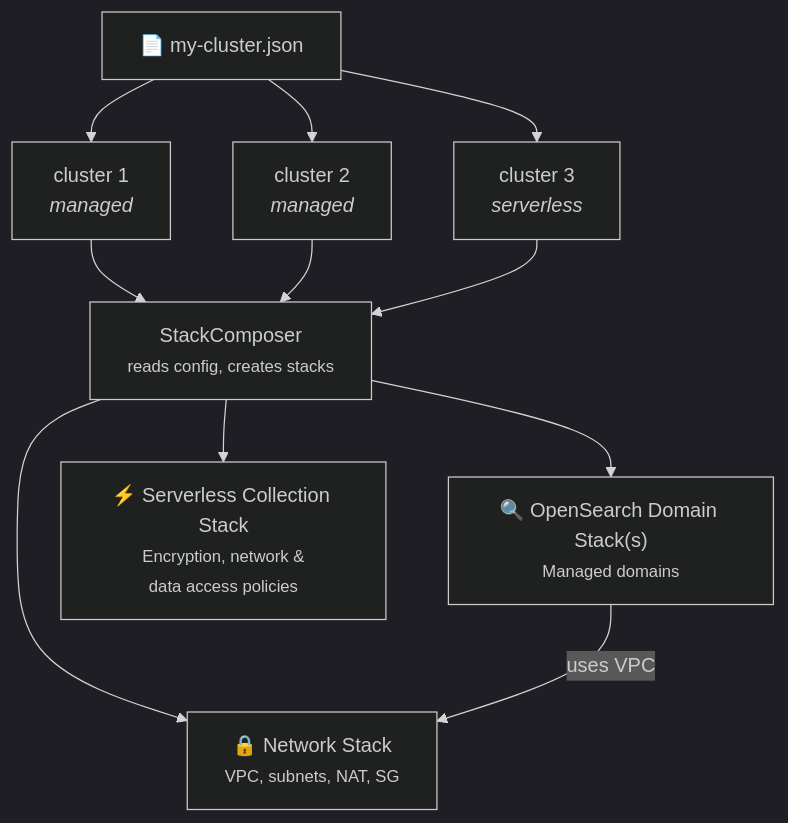
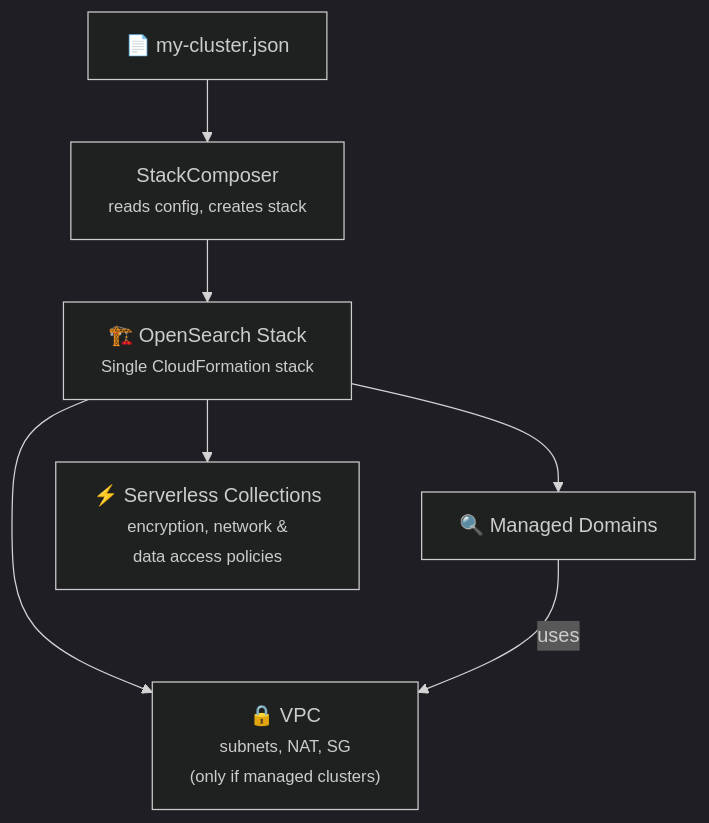
One commit to aws-samples/amazon-opensearch-service-sample-cdk changed the diagram in README.md. Above: the diagram before and after it, drawn with Mermaid (dark theme). The commit also changed other lines of this file and 1 other file, not shown here.

````diff
--- a/README.md
+++ b/README.md
@@ -374,18 +410,14 @@
 ```mermaid
 graph TD
     Config["📄 my-cluster.json"]
 
-    Config --> C1["cluster 1<br/><i>managed</i>"]
-    Config --> C2["cluster 2<br/><i>managed</i>"]
-    Config --> C3["cluster 3<br/><i>serverless</i>"]
+    Config --> SC["StackComposer<br/><small>reads config, creates stack</small>"]
 
-    C1 --> SC["StackComposer<br/><small>reads config, creates stacks</small>"]
-    C2 --> SC
-    C3 --> SC
+    SC --> OS["🏗️ OpenSearch Stack<br/><small>Single CloudFormation stack</small>"]
 
-    SC --> NS["🔒 Network Stack<br/><small>VPC, subnets, NAT, SG</small>"]
-    SC --> DS["🔍 OpenSearch Domain Stack(s)<br/><small>Managed domains</small>"]
-    SC --> SS["⚡ Serverless Collection Stack<br/><small>Encryption, network &amp;<br/>data access policies</small>"]
+    OS --> VPC["🔒 VPC<br/><small>subnets, NAT, SG<br/>(only if managed clusters)</small>"]
+    OS --> MD["🔍 Managed Domains"]
+    OS --> SL["⚡ Serverless Collections<br/><small>encryption, network &amp;<br/>data access policies</small>"]
 
-    DS -- "uses VPC" --> NS
+    MD -- "uses" --> VPC
 ```
````
